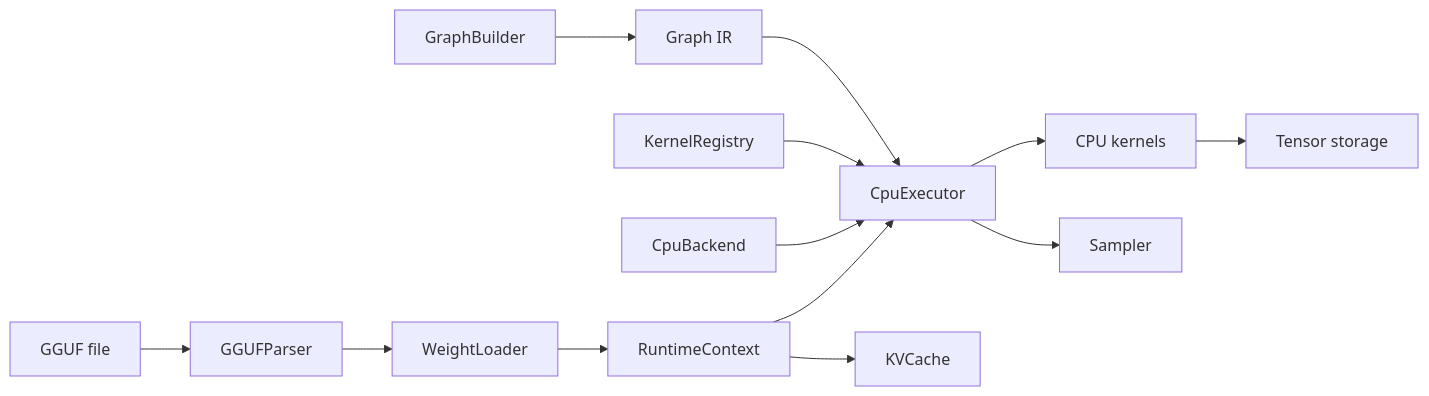
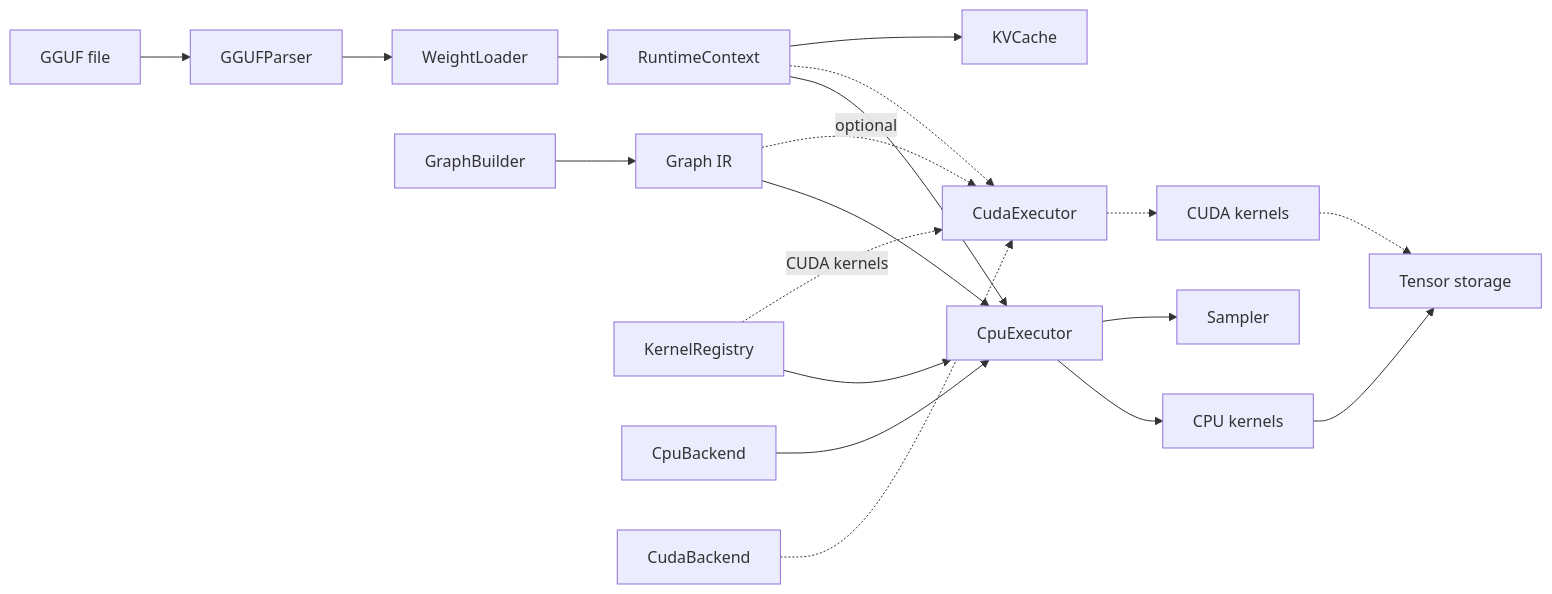
Before and after one commit to plutoaac/llmengine: the diagram in README.md, drawn with Mermaid. The commit also changed other lines of this file and 16 other files, not shown here.

Commit message:
Add optional CUDA backend skeleton

````diff
--- a/README.md
+++ b/README.md
@@ -19,17 +20,23 @@
 ```mermaid
 flowchart LR
     GGUF["GGUF file"] --> Parser["GGUFParser"]
     Parser --> Loader["WeightLoader"]
     Loader --> Context["RuntimeContext"]
 
     Builder["GraphBuilder"] --> Graph["Graph IR"]
     Graph --> Executor["CpuExecutor"]
+    Graph -. "optional" .-> CudaExecutor["CudaExecutor"]
     Registry["KernelRegistry"] --> Executor
+    Registry -. "CUDA kernels" .-> CudaExecutor
     Backend["CpuBackend"] --> Executor
+    CudaBackend["CudaBackend"] -.-> CudaExecutor
     Context --> Executor
+    Context -.-> CudaExecutor
 
     Executor --> Kernels["CPU kernels"]
+    CudaExecutor -.-> CudaKernels["CUDA kernels"]
     Context --> KV["KVCache"]
     Kernels --> Tensor["Tensor storage"]
+    CudaKernels -.-> Tensor
     Executor --> Sampler["Sampler"]
 ```
````
